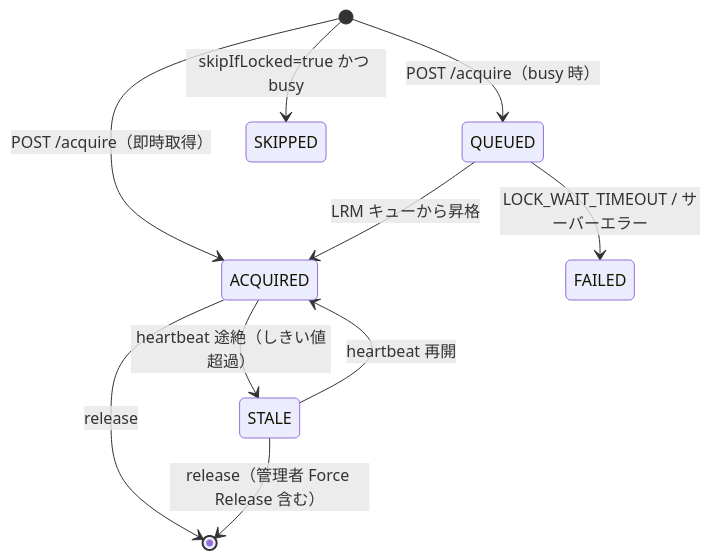
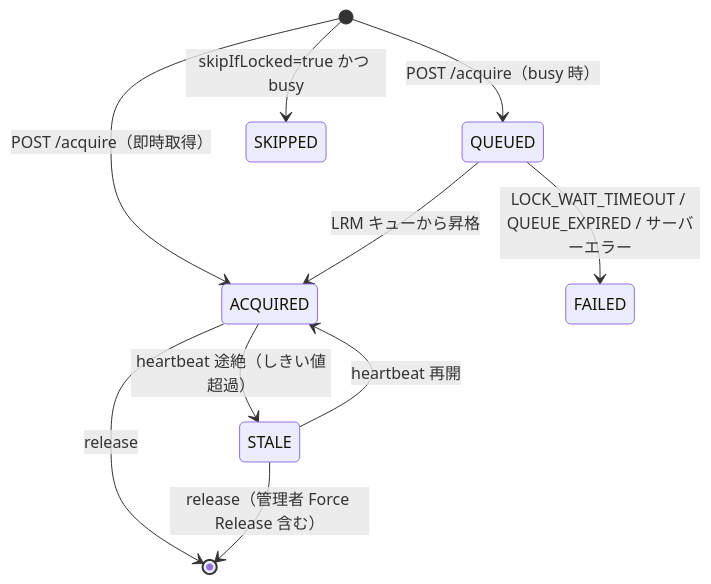
Before and after one commit to kohtaro-satoh/lockable-resources-remote-notes: the diagram in dev/docs-j/LRR_DESIGN_P1_M1B.md, drawn with Mermaid. The commit also changed other lines of this file and 80 other files, not shown here.

````diff
--- a/dev/docs-j/LRR_DESIGN_P1_M1B.md
+++ b/dev/docs-j/LRR_DESIGN_P1_M1B.md
@@ -281,12 +322,12 @@
 ```mermaid
 stateDiagram-v2
     [*] --> QUEUED : POST /acquire（busy 時）
     [*] --> ACQUIRED : POST /acquire（即時取得）
     [*] --> SKIPPED : skipIfLocked=true かつ busy
     QUEUED --> ACQUIRED : LRM キューから昇格
-    QUEUED --> FAILED : LOCK_WAIT_TIMEOUT / サーバーエラー
+    QUEUED --> FAILED : LOCK_WAIT_TIMEOUT / QUEUE_EXPIRED / サーバーエラー
     ACQUIRED --> STALE : heartbeat 途絶（しきい値超過）
     STALE --> ACQUIRED : heartbeat 再開
     ACQUIRED --> [*] : release
     STALE --> [*] : release（管理者 Force Release 含む）
 ```
````
